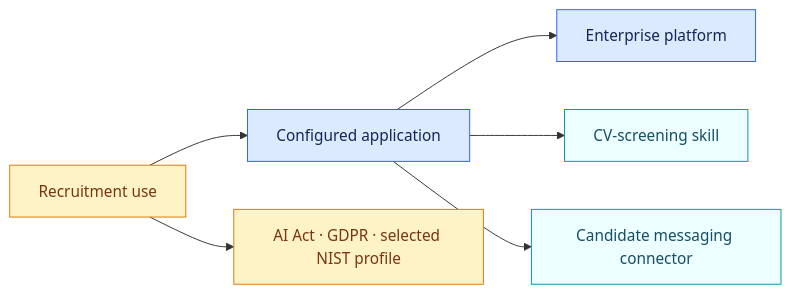
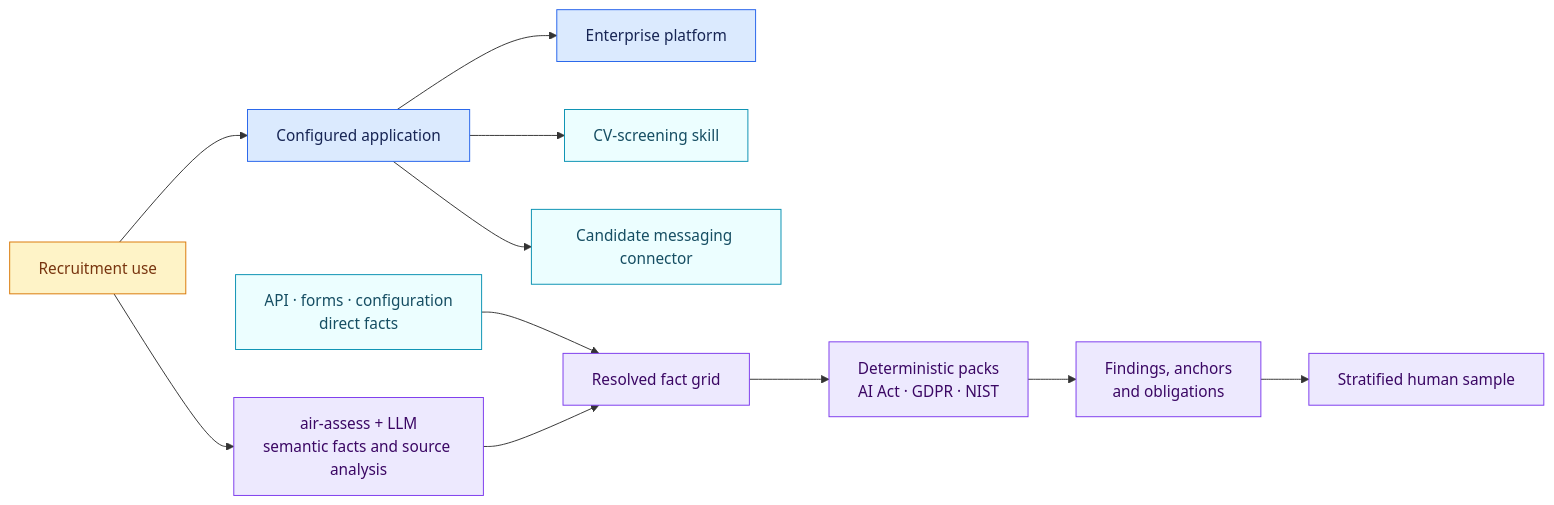
Before and after one commit to NickChaps/Open-AIRS: the diagram in examples/ai-governance/README.md, drawn with Mermaid. The commit also changed other lines of this file and 41 other files, not shown here.

````diff
--- a/examples/ai-governance/README.md
+++ b/examples/ai-governance/README.md
@@ -12,15 +10,22 @@
 ```mermaid
 flowchart LR
     U["Recruitment use"] --> A["Configured application"]
     A --> P["Enterprise platform"]
     A --> S["CV-screening skill"]
     A --> C["Candidate messaging connector"]
-    U --> L["AI Act · GDPR · selected NIST profile"]
+    D["API · forms · configuration<br/>direct facts"] --> F["Resolved fact grid"]
+    U --> X["air-assess + LLM<br/>semantic facts and source analysis"]
+    X --> F
+    F --> E["Deterministic packs<br/>AI Act · GDPR · NIST"]
+    E --> R["Findings, anchors<br/>and obligations"]
+    R --> H["Stratified human sample"]
 
     classDef use fill:#fef3c7,stroke:#d97706,color:#78350f
     classDef app fill:#dbeafe,stroke:#2563eb,color:#172554
     classDef component fill:#ecfeff,stroke:#0891b2,color:#164e63
-    class U,L use
+    classDef decision fill:#ede9fe,stroke:#7c3aed,color:#3b0764
+    class U use
     class A,P app
-    class S,C component
+    class S,C,D component
+    class X,F,E,R,H decision
 ```
````
